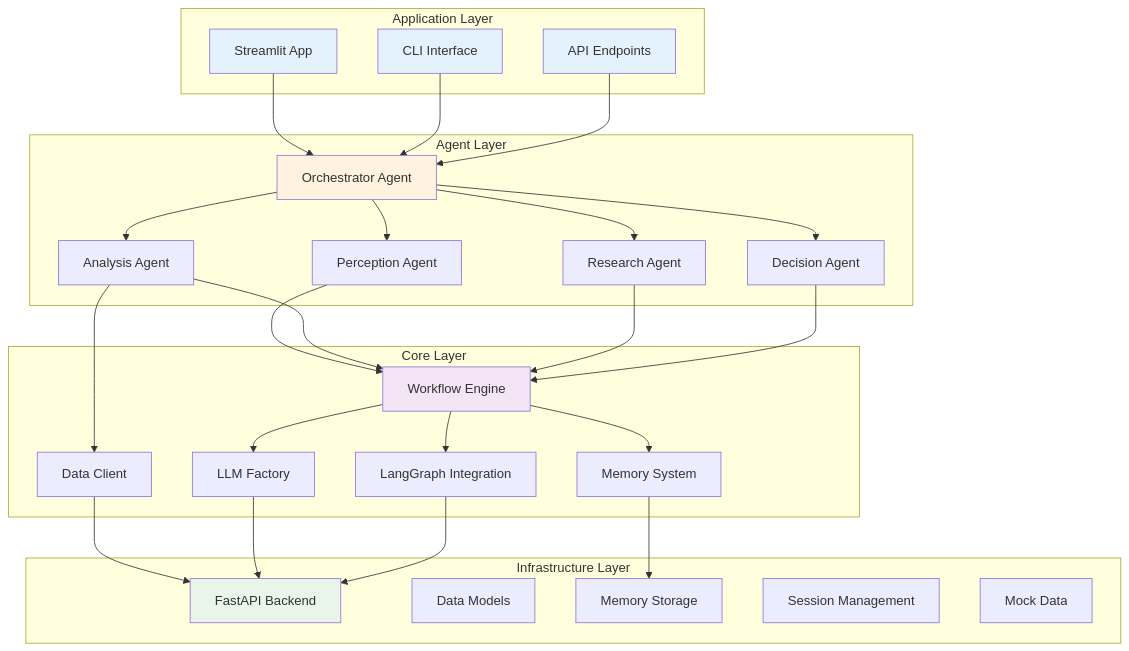
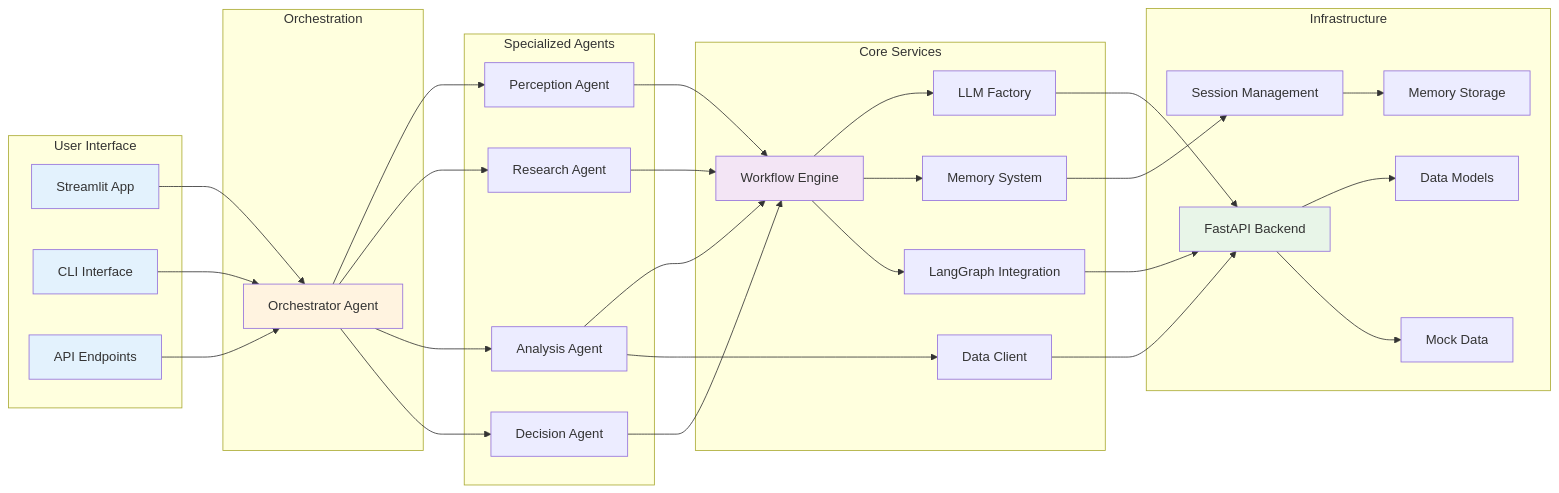
Before and after one commit to PragnyaVijayan/GapLens: the second of 2 diagrams in README.md, drawn with Mermaid. The commit also changed other lines of this file, not shown here.

````diff
--- a/README.md
+++ b/README.md
@@ -41,64 +41,73 @@
 ```mermaid
-graph TD
-    subgraph "Application Layer"
+graph LR
+    subgraph "User Interface"
         A1[Streamlit App]
         A2[CLI Interface]
         A3[API Endpoints]
     end
     
-    subgraph "Agent Layer"
-        B3[Analysis Agent]
-        B1[Perception Agent]
-        B2[Research Agent]
-        B4[Decision Agent]
+    subgraph "Orchestration"
         B5[Orchestrator Agent]
     end
     
-    subgraph "Core Layer"
+    subgraph "Specialized Agents"
+        B1[Perception Agent]
+        B2[Research Agent]
+        B3[Analysis Agent]
+        B4[Decision Agent]
+    end
+    
+    subgraph "Core Services"
         C1[Workflow Engine]
         C2[LLM Factory]
         C3[Memory System]
         C4[Data Client]
         C5[LangGraph Integration]
     end
     
-    subgraph "Infrastructure Layer"
+    subgraph "Infrastructure"
         D1[FastAPI Backend]
         D2[Data Models]
-        D3[Memory Storage]
+        D3[Mock Data]
         D4[Session Management]
-        D5[Mock Data]
+        D5[Memory Storage]
     end
     
+    %% Main Flow
     A1 --> B5
     A2 --> B5
     A3 --> B5
     
     B5 --> B1
+    B5 --> B2
     B5 --> B3
-    B5 --> B2
     B5 --> B4
     
     B1 --> C1
+    B2 --> C1
     B3 --> C1
-    B2 --> C1
     B4 --> C1
-    
-    B3 --> C4
-    C4 --> D1
     
     C1 --> C2
     C1 --> C3
     C1 --> C5
     
     C2 --> D1
-    C3 --> D3
+    C3 --> D4
+    C4 --> D1
     C5 --> D1
+    
+    D1 --> D2
+    D1 --> D3
+    D4 --> D5
+    
+    %% Special connections
+    B3 --> C4
     
     style A1 fill:#e3f2fd
     style A2 fill:#e3f2fd
     style A3 fill:#e3f2fd
     style B5 fill:#fff3e0
     style C1 fill:#f3e5f5
     style D1 fill:#e8f5e8
 ```
````
